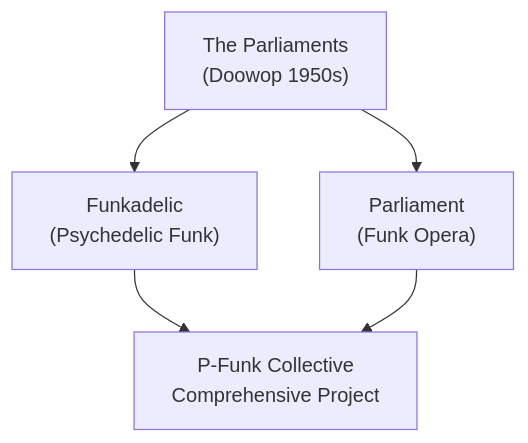
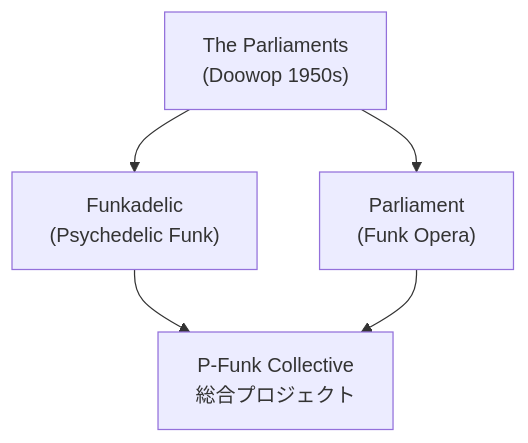
One commit to monumental-movement/monumental-movement.github.io changed the first of 4 diagrams in en/_posts/2025-11-15-column-parliament-funkadelic.md. Above: the diagram before and after it, drawn with Mermaid. The commit also changed other lines of this file and 2196 other files, not shown here.

```diff
--- a/en/_posts/2025-11-15-column-parliament-funkadelic.md
+++ b/en/_posts/2025-11-15-column-parliament-funkadelic.md
@@ -62,9 +61,9 @@
 <div class="mermaid">
 
 flowchart TD
     A["The Parliaments<br>(Doowop 1950s)"] --> B["Funkadelic<br>(Psychedelic Funk)"]
     A --> C["Parliament<br>(Funk Opera)"]
-    B --> D["P-Funk Collective<br>Comprehensive Project"]
+    B --> D["P-Funk Collective<br>総合プロジェクト"]
     C --> D
 
 </div>
```
